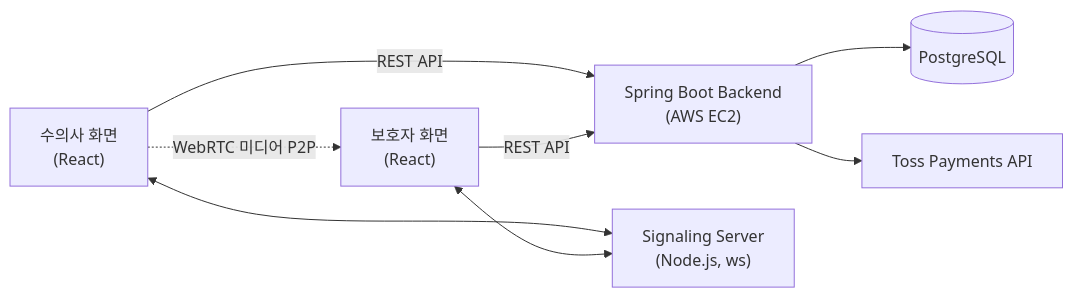
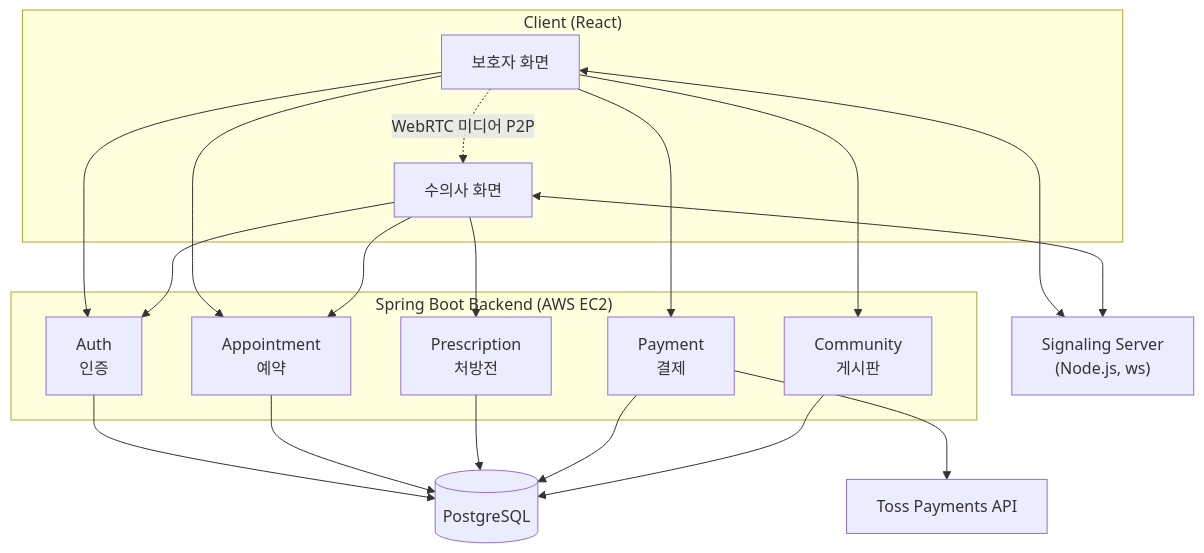
The first of 2 diagrams in README.md (JOOON9286/petcare-backend), drawn with Mermaid before and after one commit. The commit also changed other lines of this file, not shown here.

Commit message:
Add detailed architecture diagram and end-to-end sequence flow to README

````diff
--- a/README.md
+++ b/README.md
@@ -15,10 +15,38 @@
 ```mermaid
-flowchart LR
-    Vet["수의사 화면<br/>(React)"] -- REST API --> BE["Spring Boot Backend<br/>(AWS EC2)"]
-    User["보호자 화면<br/>(React)"] -- REST API --> BE
-    BE --> DB[("PostgreSQL")]
-    BE --> Toss["Toss Payments API"]
-    Vet <--> SIG["Signaling Server<br/>(Node.js, ws)"]
-    User <--> SIG
-    Vet -. WebRTC 미디어 P2P .-> User
+flowchart TB
+    subgraph Client["Client (React)"]
+        UserFE["보호자 화면"]
+        VetFE["수의사 화면"]
+    end
+
+    subgraph Backend["Spring Boot Backend (AWS EC2)"]
+        Auth["Auth<br/>인증"]
+        Appointment["Appointment<br/>예약"]
+        Prescription["Prescription<br/>처방전"]
+        Payment["Payment<br/>결제"]
+        Community["Community<br/>게시판"]
+    end
+
+    SIG["Signaling Server<br/>(Node.js, ws)"]
+    DB[("PostgreSQL")]
+    Toss["Toss Payments API"]
+
+    UserFE --> Auth
+    UserFE --> Appointment
+    UserFE --> Community
+    UserFE --> Payment
+    VetFE --> Auth
+    VetFE --> Appointment
+    VetFE --> Prescription
+
+    UserFE <--> SIG
+    VetFE <--> SIG
+    UserFE -. WebRTC 미디어 P2P .-> VetFE
+
+    Auth --> DB
+    Appointment --> DB
+    Prescription --> DB
+    Payment --> DB
+    Payment --> Toss
+    Community --> DB
 ```
````
